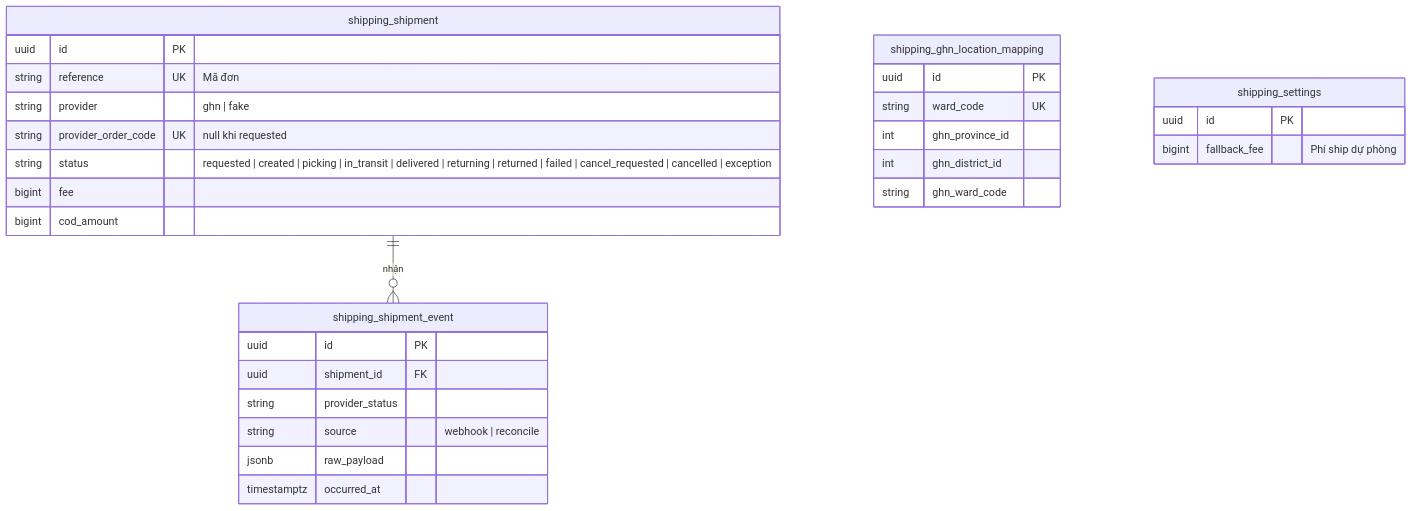
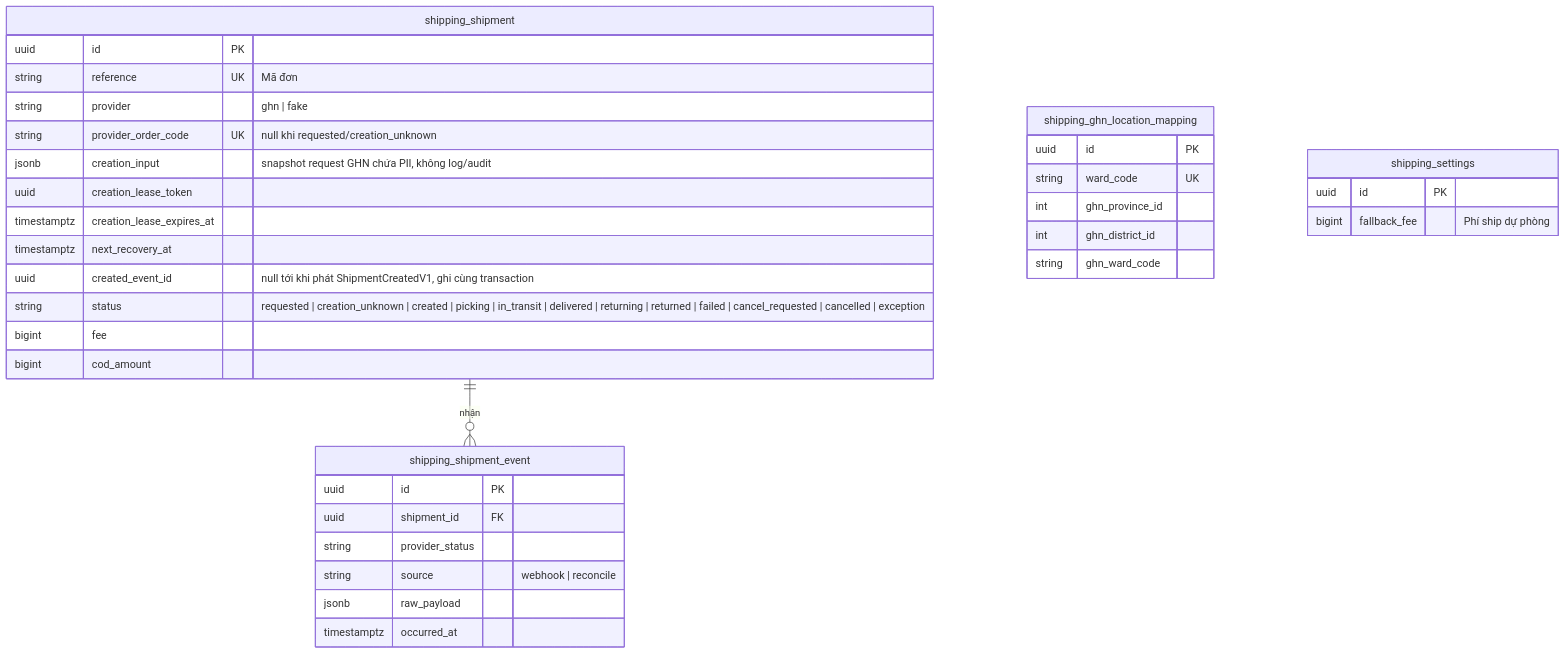
One commit to LuongCongThanh/boilerplate-ecommerce-next-16 changed the seventh of 9 diagrams in docs/architecture/03-data-model.md. Above: the diagram before and after it, drawn with Mermaid. The commit also changed other lines of this file and 24 other files, not shown here.

Commit message:
docs: refine backend architecture and recovery contracts (#11)

````diff
--- a/docs/architecture/03-data-model.md
+++ b/docs/architecture/03-data-model.md
@@ -368,32 +412,37 @@
 ```mermaid
 erDiagram
     shipping_shipment ||--o{ shipping_shipment_event : "nhận"
     shipping_shipment {
         uuid id PK
         string reference UK "Mã đơn"
         string provider "ghn | fake"
-        string provider_order_code UK "null khi requested"
-        string status "requested | created | picking | in_transit | delivered | returning | returned | failed | cancel_requested | cancelled | exception"
+        string provider_order_code UK "null khi requested/creation_unknown"
+        jsonb creation_input "snapshot request GHN chứa PII, không log/audit"
+        uuid creation_lease_token
+        timestamptz creation_lease_expires_at
+        timestamptz next_recovery_at
+        uuid created_event_id "null tới khi phát ShipmentCreatedV1, ghi cùng transaction"
+        string status "requested | creation_unknown | created | picking | in_transit | delivered | returning | returned | failed | cancel_requested | cancelled | exception"
         bigint fee
         bigint cod_amount
     }
     shipping_shipment_event {
         uuid id PK
         uuid shipment_id FK
         string provider_status
         string source "webhook | reconcile"
         jsonb raw_payload
         timestamptz occurred_at
     }
     shipping_ghn_location_mapping {
         uuid id PK
         string ward_code UK
         int ghn_province_id
         int ghn_district_id
         string ghn_ward_code
     }
     shipping_settings {
         uuid id PK
         bigint fallback_fee "Phí ship dự phòng"
     }
 ```
````
